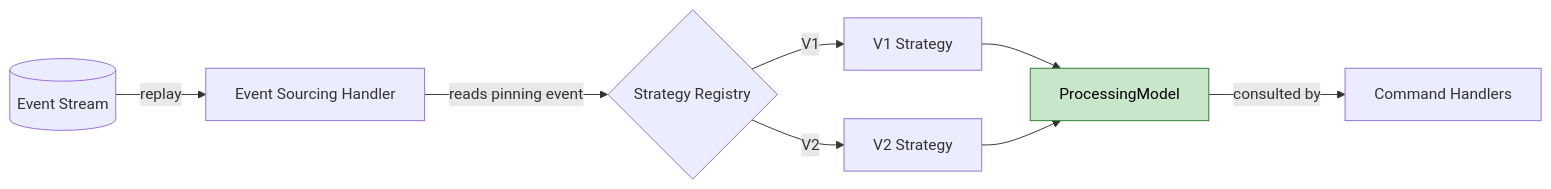
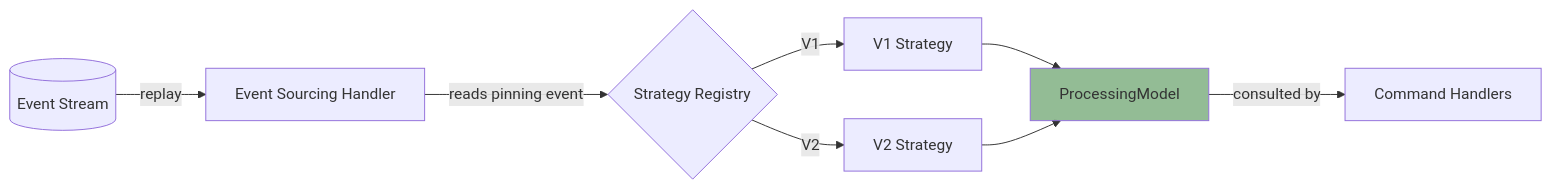
One commit to open-cqrs/opencqrs changed the second of 2 diagrams in mkdocs/docs/blog/posts/2026/2026-06-09-dealing-with-business-process-evolution/index.md. Above: the diagram before and after it, drawn with Mermaid. The commit also changed 5 other files, not shown here.

````diff
--- a/mkdocs/docs/blog/posts/2026/2026-06-09-dealing-with-business-process-evolution/index.md
+++ b/mkdocs/docs/blog/posts/2026/2026-06-09-dealing-with-business-process-evolution/index.md
@@ -196,12 +196,12 @@
 ```mermaid
 flowchart LR
     ES[(Event Stream)] -->|replay| EH[Event Sourcing Handler]
     EH -->|reads pinning event| R{Strategy Registry}
     R -->|V1| S1[V1 Strategy]
     R -->|V2| S2[V2 Strategy]
     S1 --> PM[ProcessingModel]
     S2 --> PM
     PM -->|consulted by| CH[Command Handlers]
 
-    style PM fill:#c8e6c9,stroke:#2e7d32,color:#000
+    style PM fill:#2e7d3283
 ```
````
